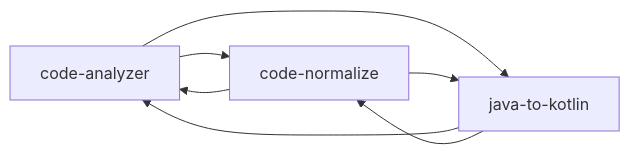
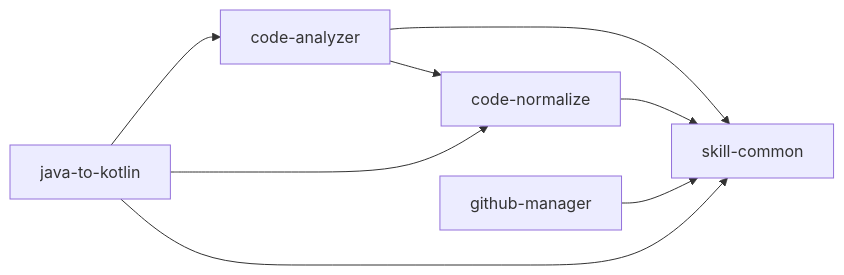
One commit to xjxlx/codex-skills changed the diagram in SKILLS_CATALOG.md. Above: the diagram before and after it, drawn with Mermaid. The commit also changed other lines of this file and 24 other files, not shown here.

````diff
--- a/SKILLS_CATALOG.md
+++ b/SKILLS_CATALOG.md
@@ -18,9 +18,10 @@
 ```mermaid
 graph LR
   code-analyzer --> code-normalize
-  code-analyzer --> java-to-kotlin
-  code-normalize --> code-analyzer
-  code-normalize --> java-to-kotlin
+  code-analyzer --> skill-common
+  code-normalize --> skill-common
+  github-manager --> skill-common
   java-to-kotlin --> code-analyzer
   java-to-kotlin --> code-normalize
+  java-to-kotlin --> skill-common
 ```
````
